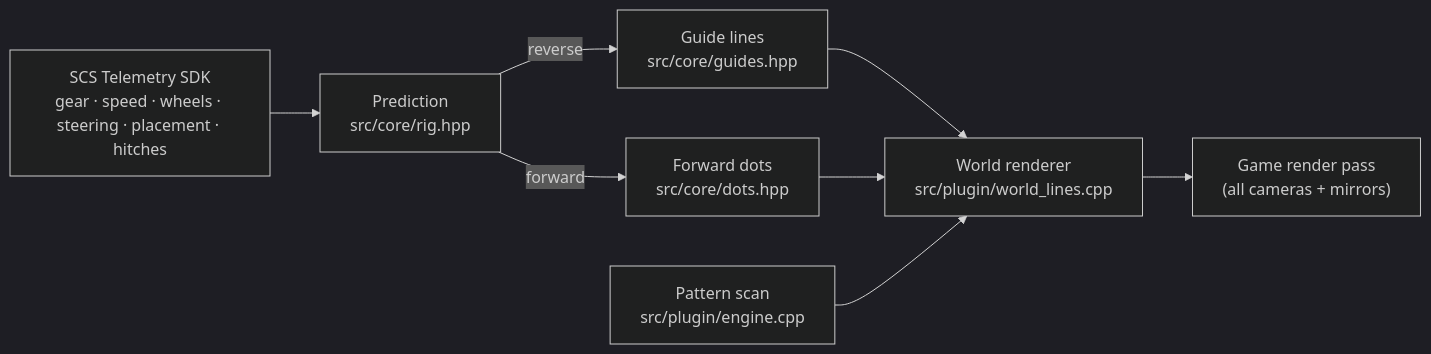
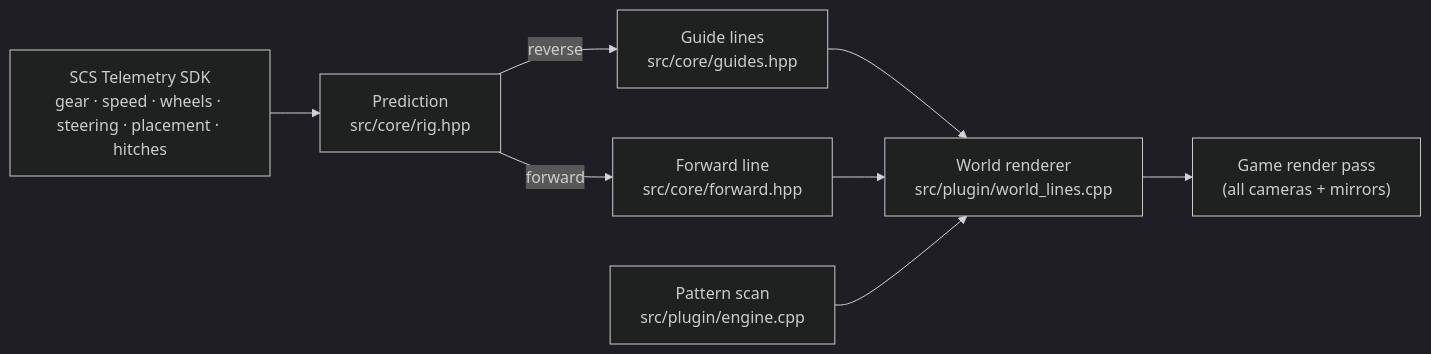
One commit to robertBojor/Reverse-Overlay---Guide-Lines---ATS changed the diagram in README.md. Above: the diagram before and after it, drawn with Mermaid (dark theme). The commit also changed other lines of this file and 14 other files, not shown here.

First line of the commit message:
0.4.0: drop the trailer line; document the blue forward line everywhere

````diff
--- a/README.md
+++ b/README.md
@@ -130,10 +130,10 @@
 ```mermaid
 flowchart LR
     T["SCS Telemetry SDK<br/>gear · speed · wheels · steering · placement · hitches"] --> P["Prediction<br/>src/core/rig.hpp"]
     P -->|reverse| G["Guide lines<br/>src/core/guides.hpp"]
-    P -->|forward| D["Forward dots<br/>src/core/dots.hpp"]
+    P -->|forward| D["Forward line<br/>src/core/forward.hpp"]
     G --> W["World renderer<br/>src/plugin/world_lines.cpp"]
     D --> W
     E["Pattern scan<br/>src/plugin/engine.cpp"] --> W
     W --> R["Game render pass<br/>(all cameras + mirrors)"]
 ```
````
